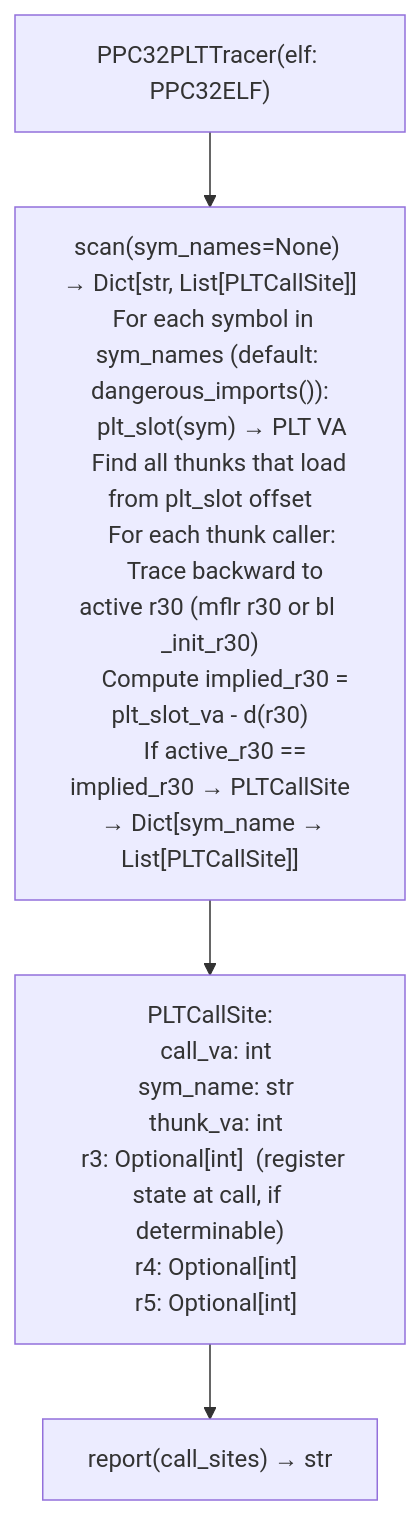
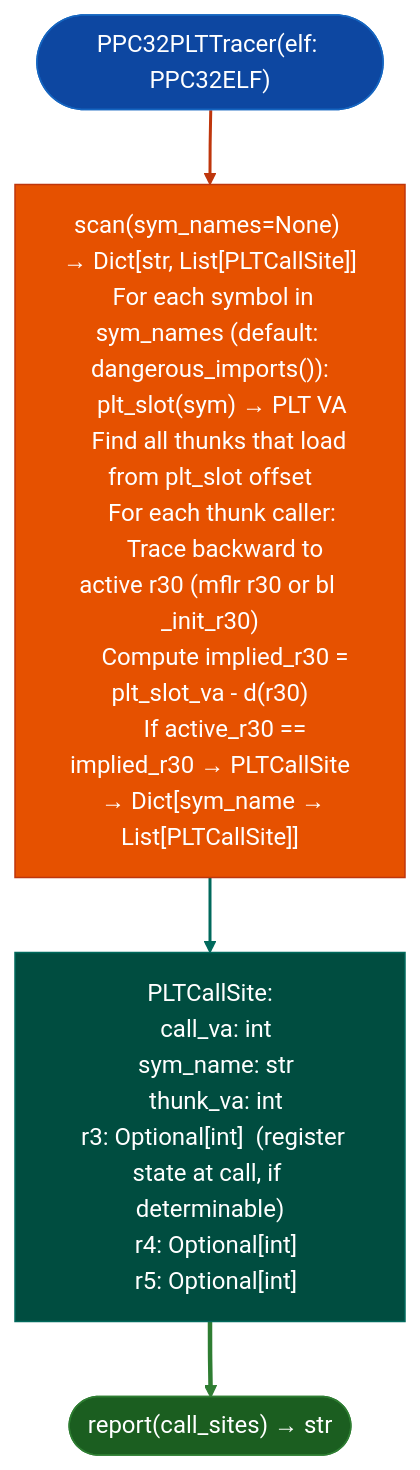
Before and after one commit to Ablation-Tool/ablation: the diagram in docs/reference-modules/verified-ppc32-import-callers.md, drawn with Mermaid. The commit also changed 320 other files, not shown here.

First line of the commit message:
docs: apply canonical Mermaid template to all 321 diagrams

````diff
--- a/docs/reference-modules/verified-ppc32-import-callers.md
+++ b/docs/reference-modules/verified-ppc32-import-callers.md
@@ -19,6 +19,15 @@
 ```mermaid
 flowchart TD
-    A["PPC32PLTTracer(elf: PPC32ELF)"] --> B["scan(sym_names=None) → Dict[str, List[PLTCallSite]]\n  For each symbol in sym_names (default: dangerous_imports()):\n    plt_slot(sym) → PLT VA\n    Find all thunks that load from plt_slot offset\n    For each thunk caller:\n      Trace backward to active r30 (mflr r30 or bl _init_r30)\n      Compute implied_r30 = plt_slot_va - d(r30)\n      If active_r30 == implied_r30 → PLTCallSite\n  → Dict[sym_name → List[PLTCallSite]]"]
-    B --> C["PLTCallSite:\n  call_va: int\n  sym_name: str\n  thunk_va: int\n  r3: Optional[int]  (register state at call, if determinable)\n  r4: Optional[int]\n  r5: Optional[int]"]
-    C --> D["report(call_sites) → str"]
+    A(["PPC32PLTTracer(elf: PPC32ELF)"]):::input --> B["scan(sym_names=None) → Dict[str, List[PLTCallSite]]\n  For each symbol in sym_names (default: dangerous_imports()):\n    plt_slot(sym) → PLT VA\n    Find all thunks that load from plt_slot offset\n    For each thunk caller:\n      Trace backward to active r30 (mflr r30 or bl _init_r30)\n      Compute implied_r30 = plt_slot_va - d(r30)\n      If active_r30 == implied_r30 → PLTCallSite\n  → Dict[sym_name → List[PLTCallSite]]"]:::primary
+    B:::primary --> C["PLTCallSite:\n  call_va: int\n  sym_name: str\n  thunk_va: int\n  r3: Optional[int]  (register state at call, if determinable)\n  r4: Optional[int]\n  r5: Optional[int]"]:::secondary
+    C:::secondary --> D(["report(call_sites) → str"]):::output
+    classDef input     fill:#0d47a1,stroke:#1565c0,color:#fff
+    classDef primary   fill:#e65100,stroke:#bf360c,color:#fff
+    classDef secondary fill:#004d40,stroke:#00695c,color:#fff
+    classDef tertiary  fill:#4a148c,stroke:#6a1b9a,color:#fff
+    classDef neutral   fill:#37474f,stroke:#546e7a,color:#fff
+    classDef output    fill:#1b5e20,stroke:#2e7d32,color:#fff
+    linkStyle 0 stroke:#bf360c,stroke-width:2px
+    linkStyle 1 stroke:#00695c,stroke-width:2px
+    linkStyle 2 stroke:#2e7d32,stroke-width:3px
 ```
````
